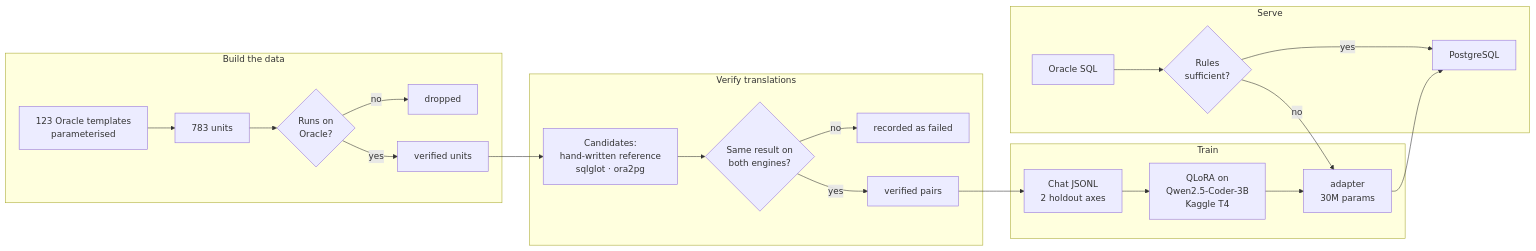
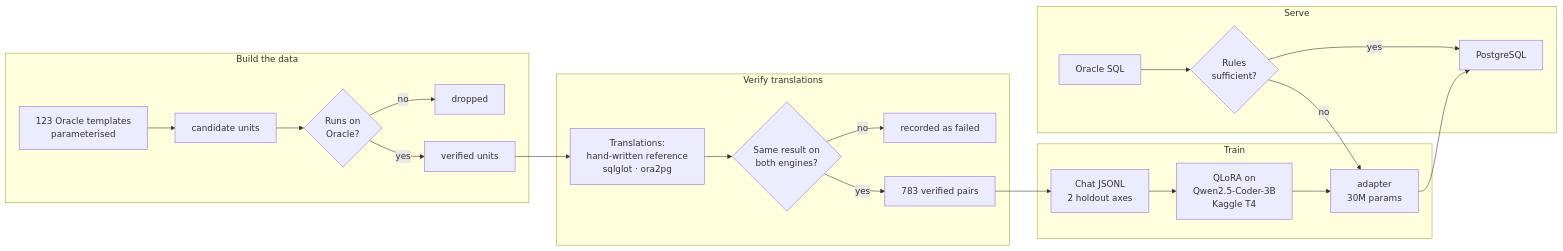
Before and after one commit to devansh173/orashift: the diagram in README.md, drawn with Mermaid. The commit also changed other lines of this file and 19 other files, not shown here.

````diff
--- a/README.md
+++ b/README.md
@@ -103,29 +107,29 @@
 ```mermaid
 flowchart LR
     subgraph build["Build the data"]
-        T["123 Oracle templates<br/>parameterised"] --> U["783 units"]
+        T["123 Oracle templates<br/>parameterised"] --> U["candidate units"]
         U --> OF{"Runs on<br/>Oracle?"}
         OF -- no --> X["dropped"]
         OF -- yes --> V["verified units"]
     end
 
     subgraph verify["Verify translations"]
-        V --> C["Candidates:<br/>hand-written reference<br/>sqlglot · ora2pg"]
+        V --> C["Translations:<br/>hand-written reference<br/>sqlglot · ora2pg"]
         C --> EX{"Same result on<br/>both engines?"}
         EX -- no --> X2["recorded as failed"]
-        EX -- yes --> P["verified pairs"]
+        EX -- yes --> P["783 verified pairs"]
     end
 
     subgraph train["Train"]
         P --> D["Chat JSONL<br/>2 holdout axes"]
         D --> Q["QLoRA on<br/>Qwen2.5-Coder-3B<br/>Kaggle T4"]
         Q --> A["adapter<br/>30M params"]
     end
 
     subgraph serve["Serve"]
         IN["Oracle SQL"] --> R{"Rules<br/>sufficient?"}
         R -- yes --> OUT["PostgreSQL"]
         R -- no --> A
         A --> OUT
     end
 ```
````
